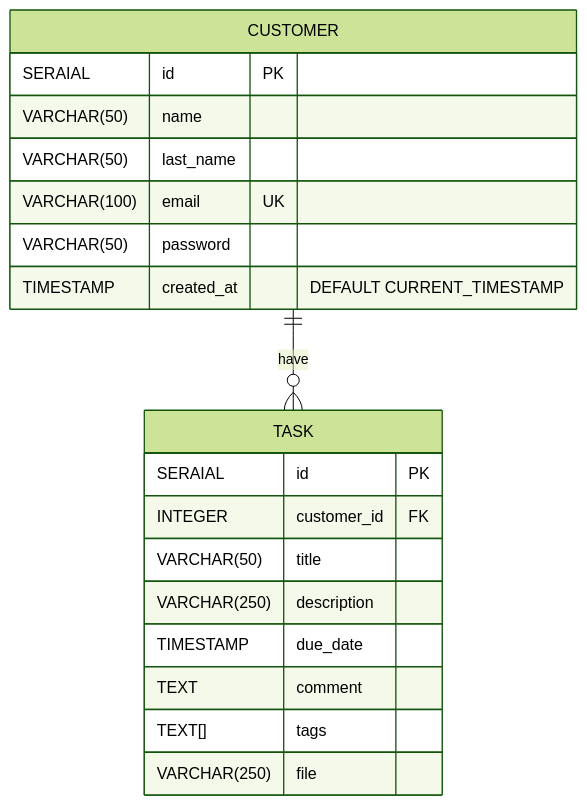
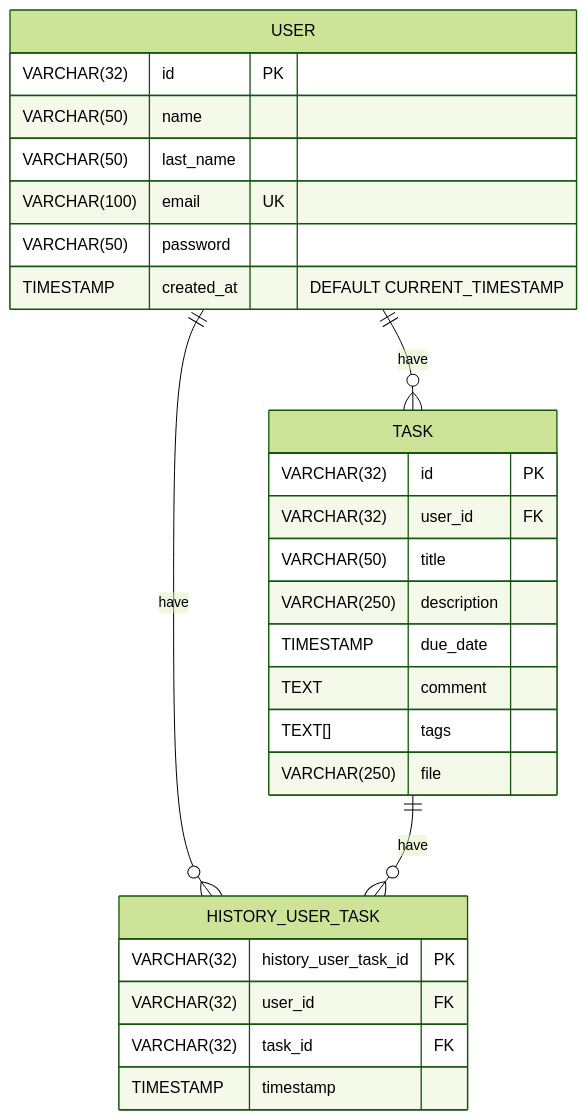
The diagram in README.md (BetoNajera9/ToDo), drawn with Mermaid (forest theme) before and after one commit. The commit also changed 1 other file, not shown here.

Commit message:
:sparkles: Feat: Update DB, adding history_customer_task table
Update DB, adding history_customer_task table

````diff
--- a/README.md
+++ b/README.md
@@ -13,22 +13,31 @@
 ```mermaid
 erDiagram
-    CUSTOMER ||--o{ TASK : have
-    CUSTOMER {
-        SERAIAL id PK
+    USER ||--o{ TASK : have
+    USER ||--o{ HISTORY_USER_TASK : have
+    USER {
+        VARCHAR(32) id PK
         VARCHAR(50) name
         VARCHAR(50) last_name
         VARCHAR(100) email UK
         VARCHAR(50) password
         TIMESTAMP created_at "DEFAULT CURRENT_TIMESTAMP"
     }
+
+    TASK ||--o{ HISTORY_USER_TASK : have
     TASK {
-        SERAIAL id PK
-        INTEGER customer_id FK
+        VARCHAR(32) id PK
+        VARCHAR(32) user_id FK
         VARCHAR(50) title
         VARCHAR(250) description
         TIMESTAMP due_date
         TEXT comment
         TEXT[] tags
         VARCHAR(250) file
     }
+    HISTORY_USER_TASK {
+        VARCHAR(32) history_user_task_id PK
+        VARCHAR(32) user_id FK
+        VARCHAR(32) task_id FK
+        TIMESTAMP timestamp
+    }
 ```
````
